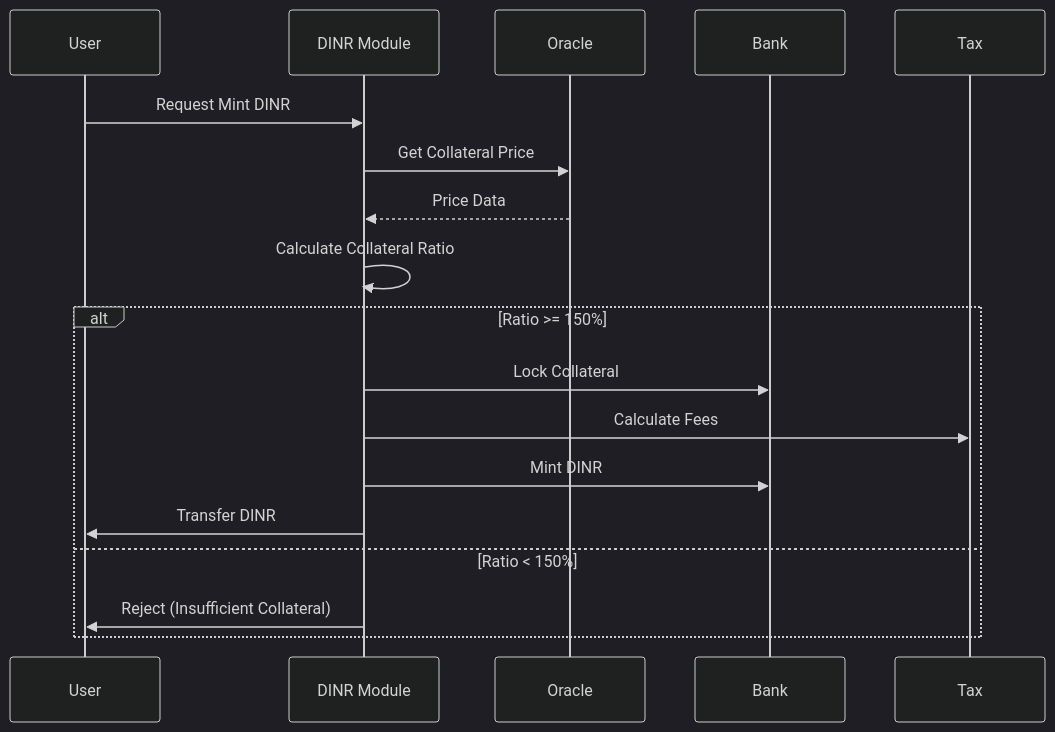
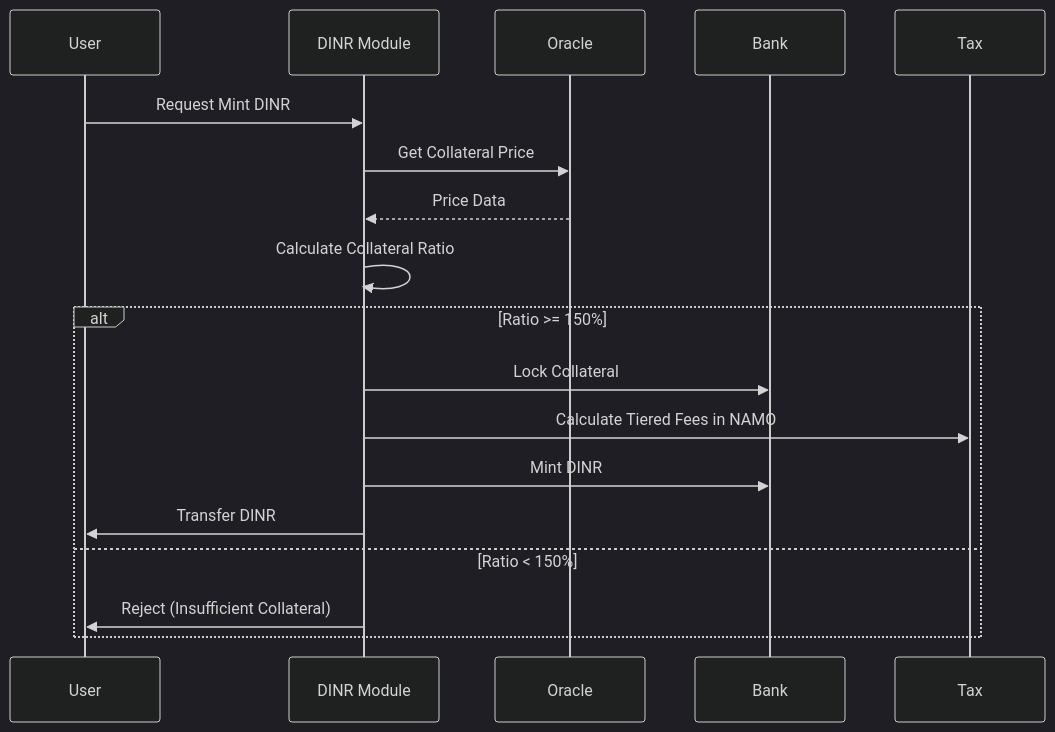
Before and after one commit to DeshChain/DeshChain-Ecosystem: the fourth of 11 diagrams in docs/modules/DINR_MODULE.md, drawn with Mermaid (dark theme). The commit also changed other lines of this file and 32 other files, not shown here.

````diff
--- a/docs/modules/DINR_MODULE.md
+++ b/docs/modules/DINR_MODULE.md
@@ -101,22 +101,22 @@
 ```mermaid
 sequenceDiagram
     participant User
     participant DINR Module
     participant Oracle
     participant Bank
     participant Tax
     
     User->>DINR Module: Request Mint DINR
     DINR Module->>Oracle: Get Collateral Price
     Oracle-->>DINR Module: Price Data
     DINR Module->>DINR Module: Calculate Collateral Ratio
     
     alt Ratio >= 150%
         DINR Module->>Bank: Lock Collateral
-        DINR Module->>Tax: Calculate Fees
+        DINR Module->>Tax: Calculate Tiered Fees in NAMO
         DINR Module->>Bank: Mint DINR
         DINR Module->>User: Transfer DINR
     else Ratio < 150%
         DINR Module->>User: Reject (Insufficient Collateral)
     end
 ```
````
